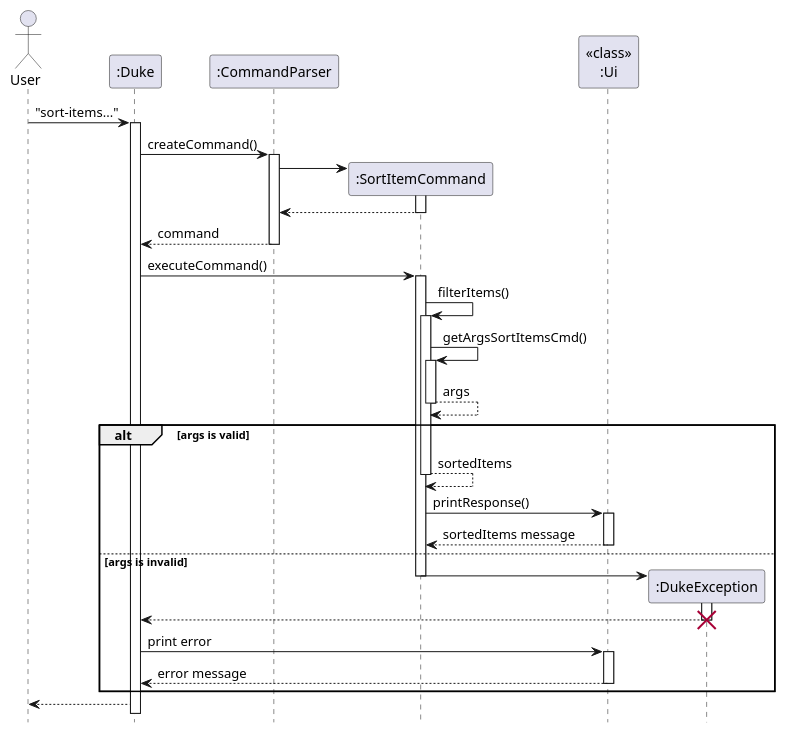
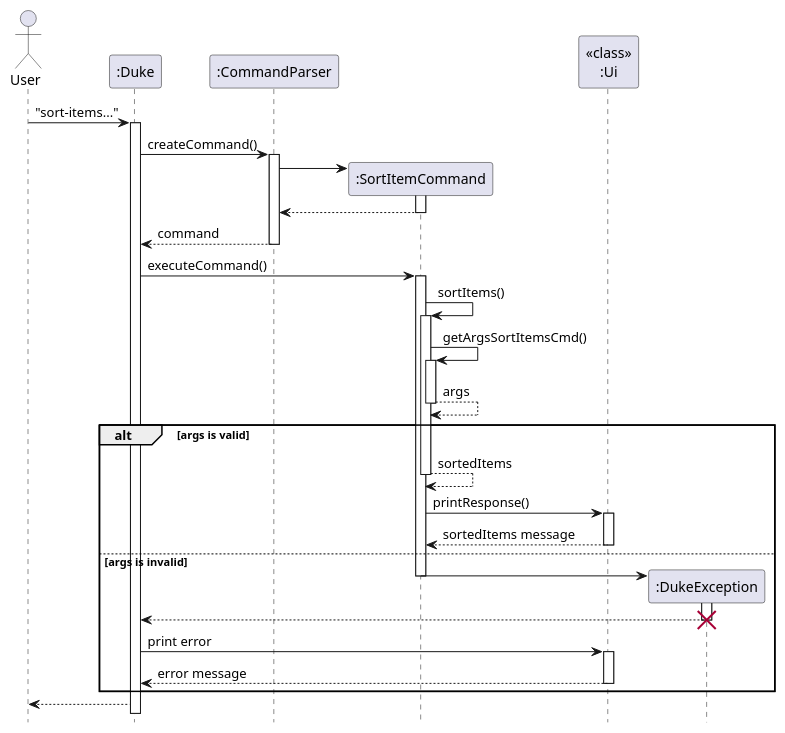
One commit to nus-cs2113-AY2223S1/tp changed the diagram in docs/diagrams/item/SortItemsSequence.puml. Above: the diagram before and after it, drawn with PlantUML. The commit also changed 2 other files, not shown here.

```diff
--- a/docs/diagrams/item/SortItemsSequence.puml
+++ b/docs/diagrams/item/SortItemsSequence.puml
@@ -1,38 +1,38 @@
 @startuml
 hide footbox
 Actor User
 "User" -> ":Duke": "sort-items..."
 activate ":Duke"
 ":Duke" -> ":CommandParser": createCommand()
 activate ":CommandParser"
 ":CommandParser" -> ":SortItemCommand"**
 activate ":SortItemCommand"
 return
 ":CommandParser" --> ":Duke": command
 deactivate
 ":Duke" -> ":SortItemCommand" : executeCommand()
 activate ":SortItemCommand"
-":SortItemCommand" -> ":SortItemCommand": filterItems()
+":SortItemCommand" -> ":SortItemCommand": sortItems()
 activate ":SortItemCommand"
 ":SortItemCommand" -> ":SortItemCommand": getArgsSortItemsCmd()
 activate ":SortItemCommand"
 return args
 alt args is valid
     return sortedItems
     ":SortItemCommand" -> "<<class>>\n:Ui": printResponse()
     activate "<<class>>\n:Ui"
     return sortedItems message
 else args is invalid
     ":SortItemCommand" -> ":DukeException"**
      activate ":DukeException"
      deactivate ":SortItemCommand"
      ":DukeException" --> ":Duke"
      deactivate ":DukeException"
      destroy ":DukeException"
      ":Duke" -> "<<class>>\n:Ui" : print error
      activate "<<class>>\n:Ui"
      "<<class>>\n:Ui" --> ":Duke" : error message
      deactivate "<<class>>\n:Ui"
 end
 ":Duke" --> "User"
 @enduml
```
